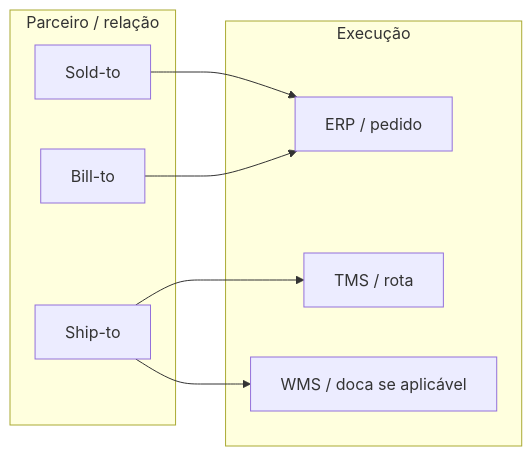
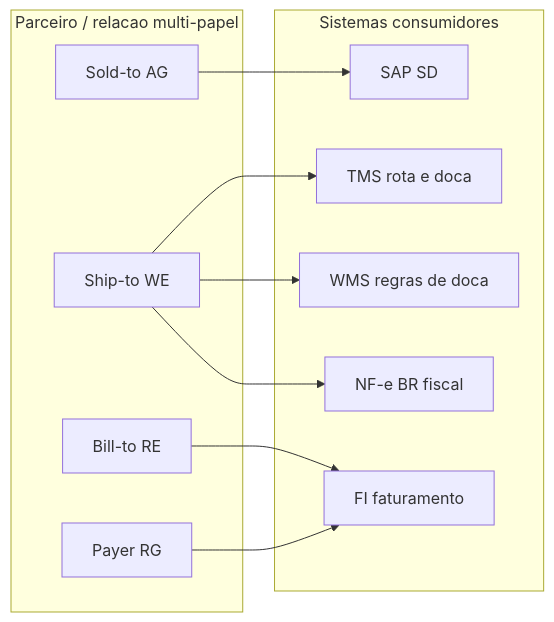
One commit to cleberhensel/logisticon-academy changed the first of 2 diagrams in aulas/trilha-tecnologia-e-sistemas/modulo-01-master-data-para-logistica/aula-03-parceiros-localizacoes-governanca.md. Above: the diagram before and after it, drawn with Mermaid. The commit also changed other lines of this file and 122 other files, not shown here.

````diff
--- a/aulas/trilha-tecnologia-e-sistemas/modulo-01-master-data-para-logistica/aula-03-parceiros-localizacoes-governanca.md
+++ b/aulas/trilha-tecnologia-e-sistemas/modulo-01-master-data-para-logistica/aula-03-parceiros-localizacoes-governanca.md
@@ -40,17 +69,22 @@
 ```mermaid
 flowchart LR
-  subgraph parc["Parceiro / relação"]
-    S[Sold-to]
-    H[Ship-to]
-    B[Bill-to]
+  subgraph parc["Parceiro / relacao multi-papel"]
+    S[Sold-to AG]
+    H[Ship-to WE]
+    B[Bill-to RE]
+    P[Payer RG]
   end
-  subgraph exec["Execução"]
-    ERP[ERP / pedido]
-    TMS[TMS / rota]
-    WMS[WMS / doca se aplicável]
+  subgraph exec["Sistemas consumidores"]
+    SD[SAP SD]
+    TMS[TMS rota e doca]
+    WMS[WMS regras de doca]
+    FI[FI faturamento]
+    NF[NF-e BR fiscal]
   end
-  S --> ERP
+  S --> SD
   H --> TMS
   H --> WMS
-  B --> ERP
+  H --> NF
+  B --> FI
+  P --> FI
 ```
````
